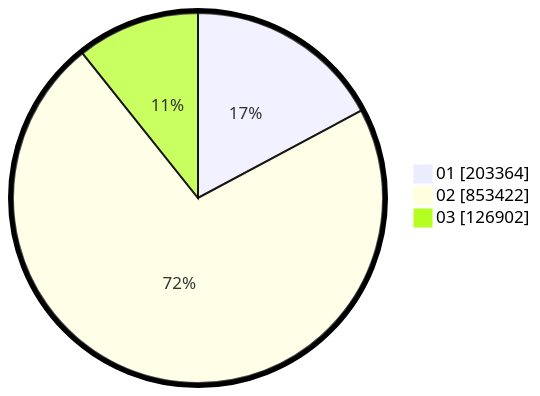
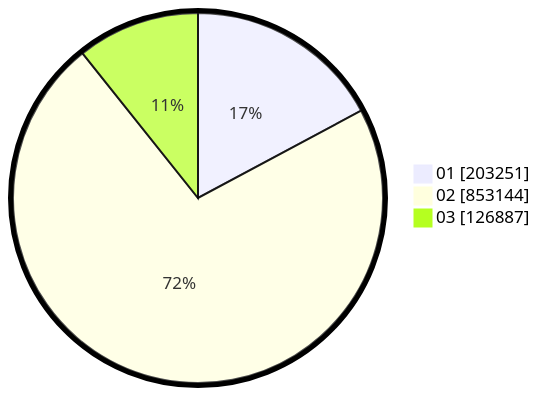
The second of 2 diagrams in pilpres/hitung-suara/sub/table-wilayah-62.md (gigit-pemilu/pemilu-2024), drawn with Mermaid before and after one commit. The commit also changed other lines of this file and 11 other files, not shown here.

````diff
--- a/pilpres/hitung-suara/sub/table-wilayah-62.md
+++ b/pilpres/hitung-suara/sub/table-wilayah-62.md
@@ -15,7 +15,7 @@
 ```mermaid
 %%{init: {"pie": {"textPosition": 0.5}, "themeVariables": {"pieOuterStrokeWidth": "5px"}} }%%
 pie showData
-    "01" : 203364
-    "02" : 853422
-    "03" : 126902
+    "01" : 203251
+    "02" : 853144
+    "03" : 126887
 ```
````
